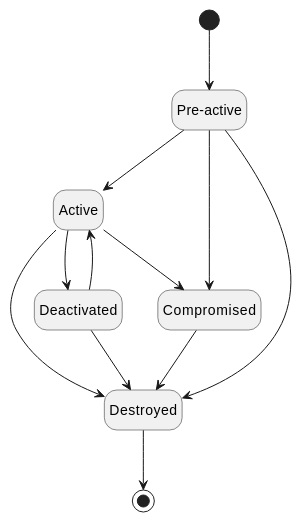
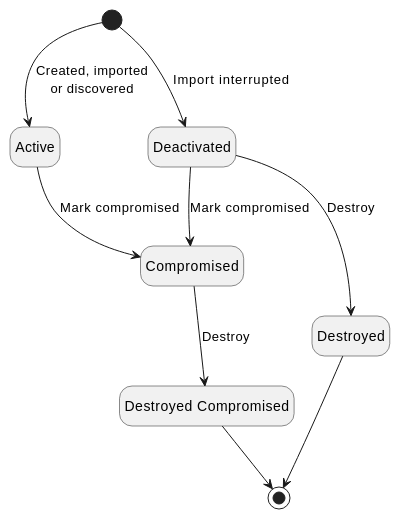
The diagram in docs/certificate-key/concept-design/core-components/key.md (OmniTrustILM/documentation), drawn with PlantUML before and after one commit. The commit also changed other lines of this file and 75 other files, not shown here.

````diff
--- a/docs/certificate-key/concept-design/core-components/key.md
+++ b/docs/certificate-key/concept-design/core-components/key.md
@@ -48,20 +50,17 @@
 ```plantuml
 @startuml
 hide empty description
 
-state "Pre-active" as PreActive
+state "Destroyed Compromised" as DestroyedCompromised
 
-[*] --> PreActive
-PreActive --> Active
-PreActive --> Destroyed
-PreActive --> Compromised
-Active --> Deactivated
-Deactivated --> Active
-Active --> Compromised
-Active --> Destroyed
-Deactivated --> Destroyed
-Compromised --> Destroyed
+[*] --> Active : Created, imported\nor discovered
+[*] --> Deactivated : Import interrupted
+Active --> Compromised : Mark compromised
+Deactivated --> Compromised : Mark compromised
+Deactivated --> Destroyed : Destroy
+Compromised --> DestroyedCompromised : Destroy
 Destroyed --> [*]
+DestroyedCompromised --> [*]
 
 @enduml
 ```
````
